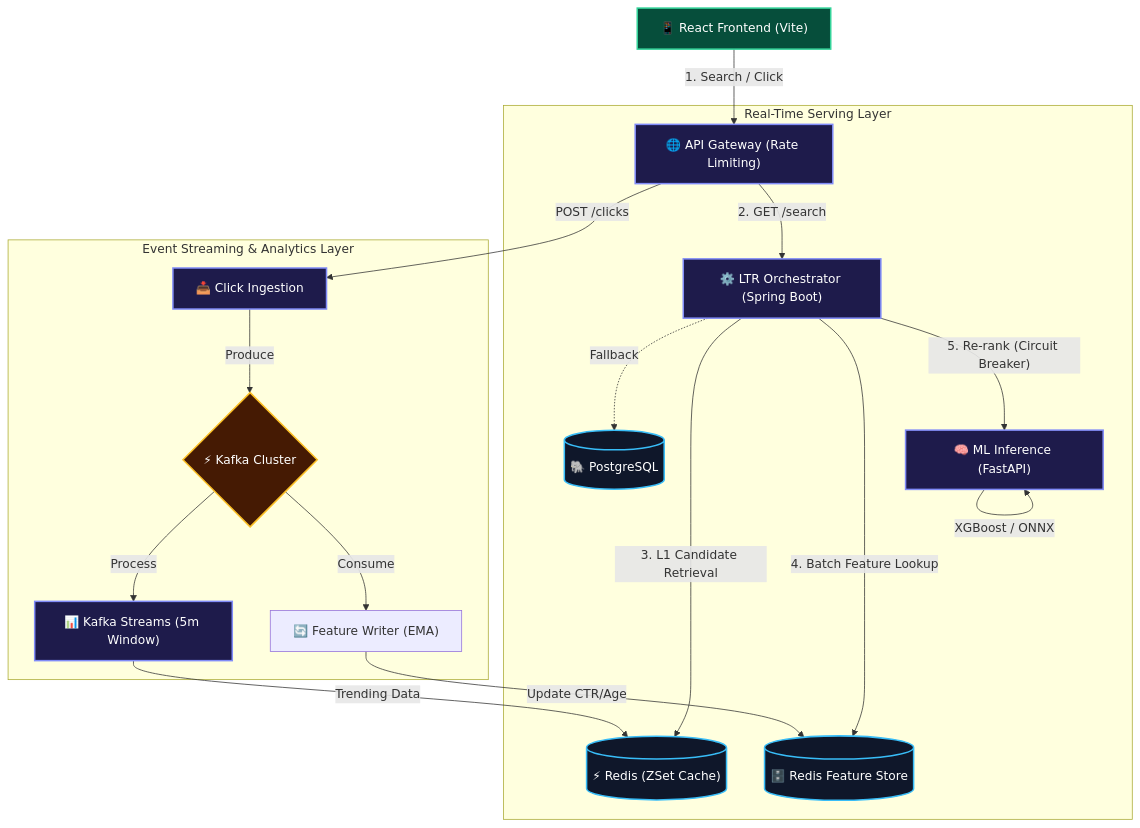
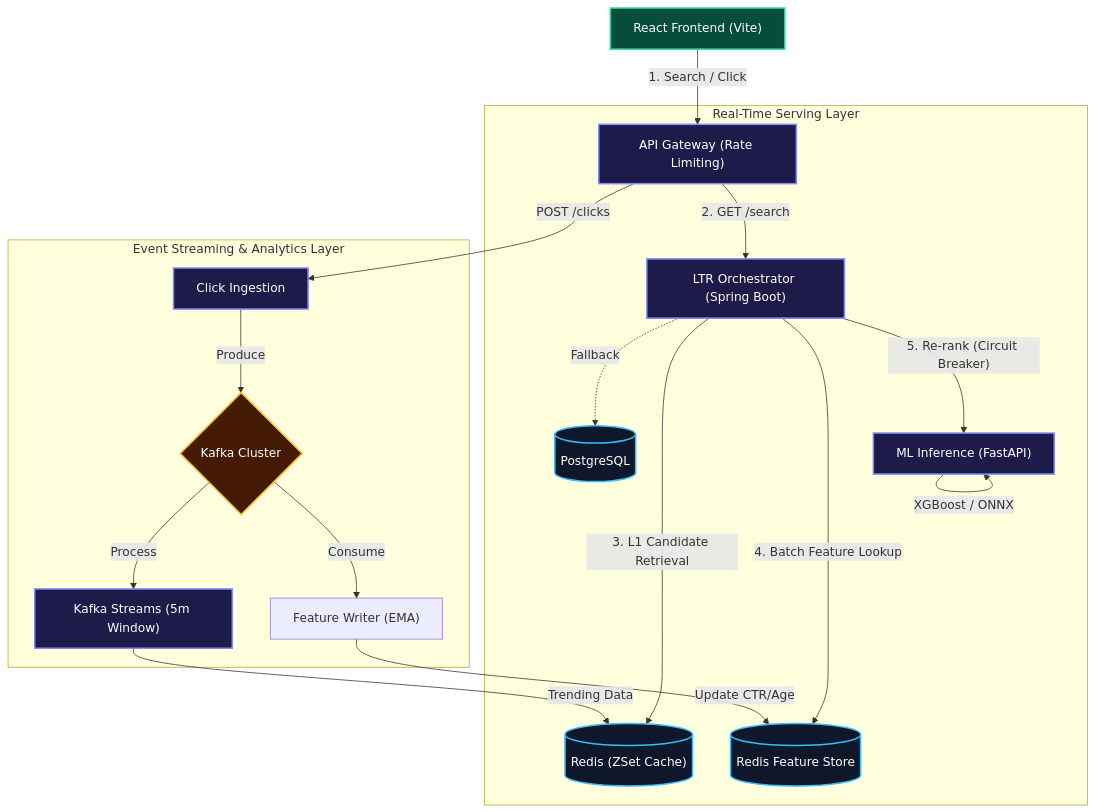
Before and after one commit to satyamsingh5512/clickRank: the diagram in README.md, drawn with Mermaid. The commit also changed other lines of this file, not shown here.

Commit message:
refactor: clean up README formatting and remove emojis for consistency

````diff
--- a/README.md
+++ b/README.md
@@ -6,37 +6,37 @@
 ```mermaid
 flowchart TB
-    Client["📱 React Frontend (Vite)"] -- "1. Search / Click" --> Gateway["🌐 API Gateway (Rate Limiting)"]
+    Client["React Frontend (Vite)"] -- "1. Search / Click" --> Gateway["API Gateway (Rate Limiting)"]
 
     subgraph "Real-Time Serving Layer"
-        Gateway -- "2. GET /search" --> Orchestrator["⚙️ LTR Orchestrator (Spring Boot)"]
+        Gateway -- "2. GET /search" --> Orchestrator["LTR Orchestrator (Spring Boot)"]
         
-        Orchestrator -- "3. L1 Candidate Retrieval" --> Cache[("⚡ Redis (ZSet Cache)")]
-        Orchestrator -. "Fallback" .-> DB[("🐘 PostgreSQL")]
+        Orchestrator -- "3. L1 Candidate Retrieval" --> Cache[("Redis (ZSet Cache)")]
+        Orchestrator -. "Fallback" .-> DB[("PostgreSQL")]
         
-        Orchestrator -- "4. Batch Feature Lookup" --> FeatureStore[("🗄️ Redis Feature Store")]
+        Orchestrator -- "4. Batch Feature Lookup" --> FeatureStore[("Redis Feature Store")]
         
-        Orchestrator -- "5. Re-rank (Circuit Breaker)" --> MLService["🧠 ML Inference (FastAPI)"]
+        Orchestrator -- "5. Re-rank (Circuit Breaker)" --> MLService["ML Inference (FastAPI)"]
         MLService -- "XGBoost / ONNX" --> MLService
     end
 
     subgraph "Event Streaming & Analytics Layer"
-        Gateway -- "POST /clicks" --> Ingest["📥 Click Ingestion"]
-        Ingest -- "Produce" --> Kafka{"⚡ Kafka Cluster"}
+        Gateway -- "POST /clicks" --> Ingest["Click Ingestion"]
+        Ingest -- "Produce" --> Kafka{"Kafka Cluster"}
         
-        Kafka -- "Consume" --> FeatureWriter["🔄 Feature Writer (EMA)"]
+        Kafka -- "Consume" --> FeatureWriter["Feature Writer (EMA)"]
         FeatureWriter -- "Update CTR/Age" --> FeatureStore
         
-        Kafka -- "Process" --> Analytics["📊 Kafka Streams (5m Window)"]
+        Kafka -- "Process" --> Analytics["Kafka Streams (5m Window)"]
         Analytics -- "Trending Data" --> Cache
     end
 
     classDef db fill:#0f172a,stroke:#38bdf8,stroke-width:2px,color:#fff;
     classDef svc fill:#1e1b4b,stroke:#818cf8,stroke-width:2px,color:#fff;
     classDef client fill:#064e3b,stroke:#34d399,stroke-width:2px,color:#fff;
     classDef kafka fill:#451a03,stroke:#fbbf24,stroke-width:2px,color:#fff;
 
     class Cache,DB,FeatureStore db;
     class Orchestrator,MLService,Ingest,Analytics,Gateway svc;
     class Client client;
     class Kafka kafka;
 ```
````
